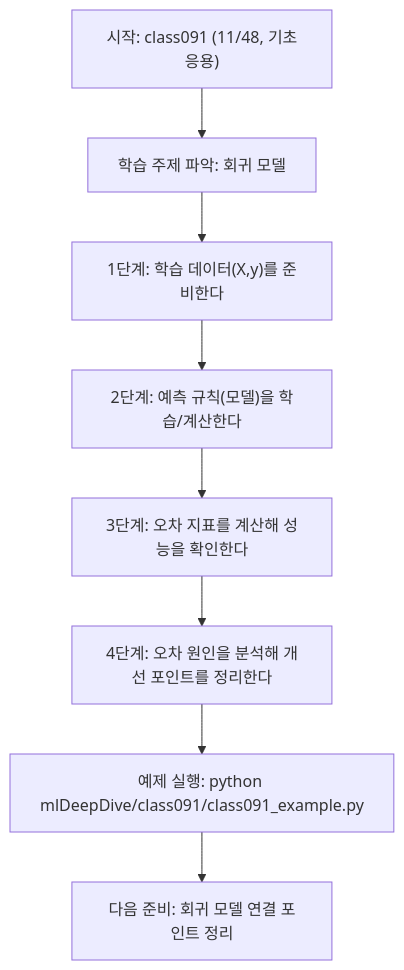
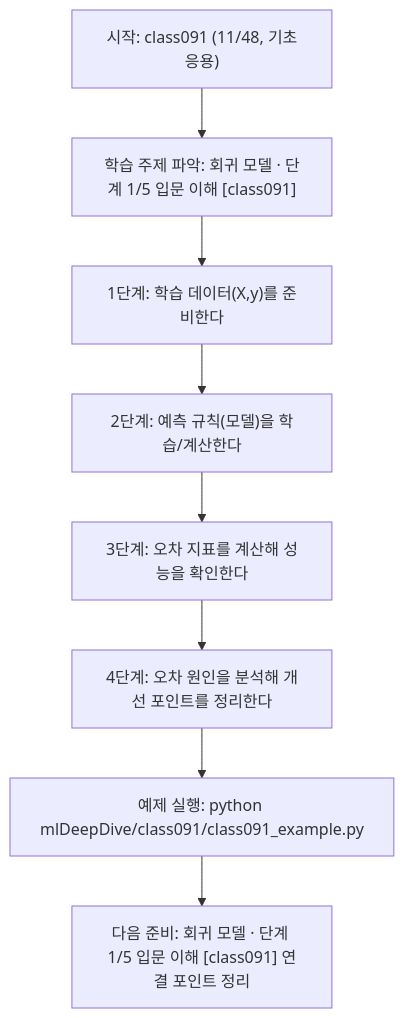
One commit to edumgt/Python-AI_Agent-Class changed the diagram in mlDeepDive/class091/class091.md. Above: the diagram before and after it, drawn with Mermaid. The commit also changed other lines of this file and 522 other files, not shown here.

````diff
--- a/mlDeepDive/class091/class091.md
+++ b/mlDeepDive/class091/class091.md
@@ -108,18 +109,18 @@
 ```mermaid
 flowchart TD
 N1["시작: class091 (11/48, 기초응용)"]
-N2["학습 주제 파악: 회귀 모델"]
+N2["학습 주제 파악: 회귀 모델 · 단계 1/5 입문 이해 [class091]"]
 N3["1단계: 학습 데이터(X,y)를 준비한다"]
 N4["2단계: 예측 규칙(모델)을 학습/계산한다"]
 N5["3단계: 오차 지표를 계산해 성능을 확인한다"]
 N6["4단계: 오차 원인을 분석해 개선 포인트를 정리한다"]
 N7["예제 실행: python mlDeepDive/class091/class091_example.py"]
-N8["다음 준비: 회귀 모델 연결 포인트 정리"]
+N8["다음 준비: 회귀 모델 · 단계 1/5 입문 이해 [class091] 연결 포인트 정리"]
 N1 --> N2
 N2 --> N3
 N3 --> N4
 N4 --> N5
 N5 --> N6
 N6 --> N7
 N7 --> N8
 ```
````
